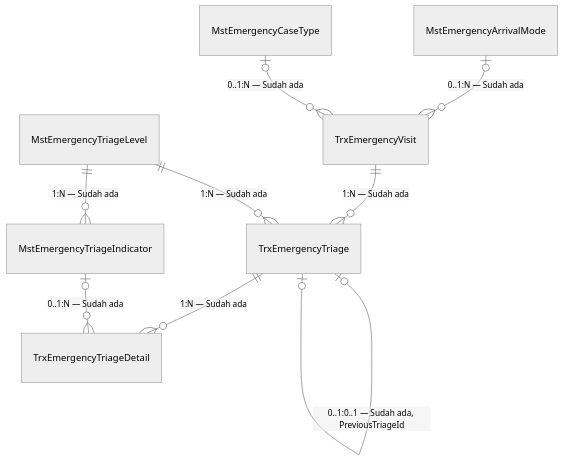
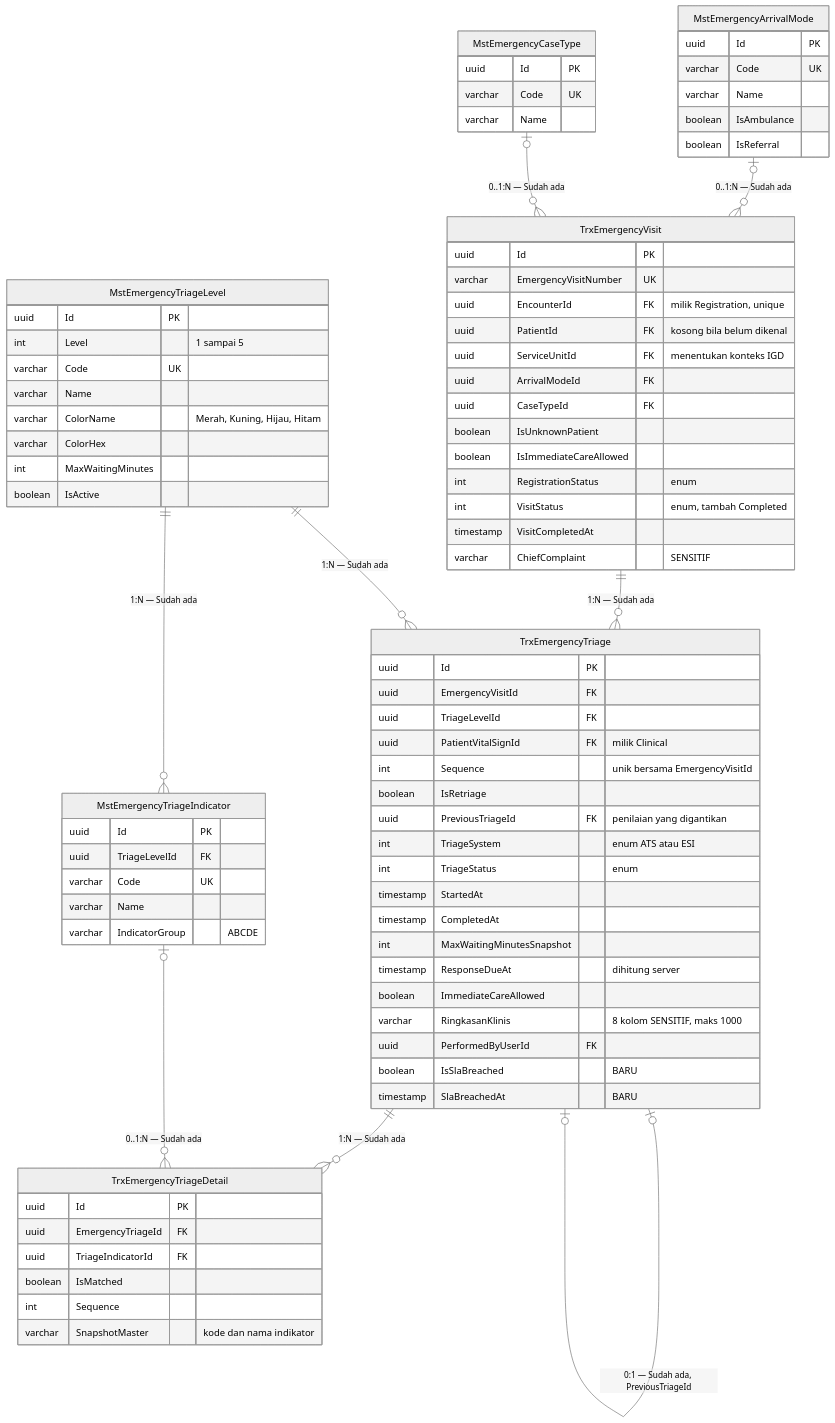
The first of 3 diagrams in docs/module-blueprints/igd/erd/emergency-episode.md (DevBenari/NewQuilvianSystemBackend), drawn with Mermaid (neutral theme) before and after one commit. The commit also changed other lines of this file and 5 other files, not shown here.

Commit message:
feat(erd): Enhance ERD and data dictionary documentation with DDL schema and audit columns

````diff
--- a/docs/module-blueprints/igd/erd/emergency-episode.md
+++ b/docs/module-blueprints/igd/erd/emergency-episode.md
@@ -15,8 +21,80 @@
 ```mermaid
 erDiagram
+    TrxEmergencyVisit {
+        uuid Id PK
+        varchar EmergencyVisitNumber UK
+        uuid EncounterId FK "milik Registration, unique"
+        uuid PatientId FK "kosong bila belum dikenal"
+        uuid ServiceUnitId FK "menentukan konteks IGD"
+        uuid ArrivalModeId FK
+        uuid CaseTypeId FK
+        boolean IsUnknownPatient
+        boolean IsImmediateCareAllowed
+        int RegistrationStatus "enum"
+        int VisitStatus "enum, tambah Completed"
+        timestamp VisitCompletedAt
+        varchar ChiefComplaint "SENSITIF"
+    }
+    TrxEmergencyTriage {
+        uuid Id PK
+        uuid EmergencyVisitId FK
+        uuid TriageLevelId FK
+        uuid PatientVitalSignId FK "milik Clinical"
+        int Sequence "unik bersama EmergencyVisitId"
+        boolean IsRetriage
+        uuid PreviousTriageId FK "penilaian yang digantikan"
+        int TriageSystem "enum ATS atau ESI"
+        int TriageStatus "enum"
+        timestamp StartedAt
+        timestamp CompletedAt
+        int MaxWaitingMinutesSnapshot
+        timestamp ResponseDueAt "dihitung server"
+        boolean ImmediateCareAllowed
+        varchar RingkasanKlinis "8 kolom SENSITIF, maks 1000"
+        uuid PerformedByUserId FK
+        boolean IsSlaBreached "BARU"
+        timestamp SlaBreachedAt "BARU"
+    }
+    TrxEmergencyTriageDetail {
+        uuid Id PK
+        uuid EmergencyTriageId FK
+        uuid TriageIndicatorId FK
+        boolean IsMatched
+        int Sequence
+        varchar SnapshotMaster "kode dan nama indikator"
+    }
+    MstEmergencyTriageLevel {
+        uuid Id PK
+        int Level "1 sampai 5"
+        varchar Code UK
+        varchar Name
+        varchar ColorName "Merah, Kuning, Hijau, Hitam"
+        varchar ColorHex
+        int MaxWaitingMinutes
+        boolean IsActive
+    }
+    MstEmergencyTriageIndicator {
+        uuid Id PK
+        uuid TriageLevelId FK
+        varchar Code UK
+        varchar Name
+        varchar IndicatorGroup "ABCDE"
+    }
+    MstEmergencyArrivalMode {
+        uuid Id PK
+        varchar Code UK
+        varchar Name
+        boolean IsAmbulance
+        boolean IsReferral
+    }
+    MstEmergencyCaseType {
+        uuid Id PK
+        varchar Code UK
+        varchar Name
+    }
     TrxEmergencyVisit ||--o{ TrxEmergencyTriage : "1:N — Sudah ada"
     TrxEmergencyTriage ||--o{ TrxEmergencyTriageDetail : "1:N — Sudah ada"
-    TrxEmergencyTriage |o--o| TrxEmergencyTriage : "0..1:0..1 — Sudah ada, PreviousTriageId"
+    TrxEmergencyTriage |o--o| TrxEmergencyTriage : "0:1 — Sudah ada, PreviousTriageId"
     MstEmergencyTriageLevel ||--o{ TrxEmergencyTriage : "1:N — Sudah ada"
     MstEmergencyTriageLevel ||--o{ MstEmergencyTriageIndicator : "1:N — Sudah ada"
     MstEmergencyTriageIndicator |o--o{ TrxEmergencyTriageDetail : "0..1:N — Sudah ada"
````
